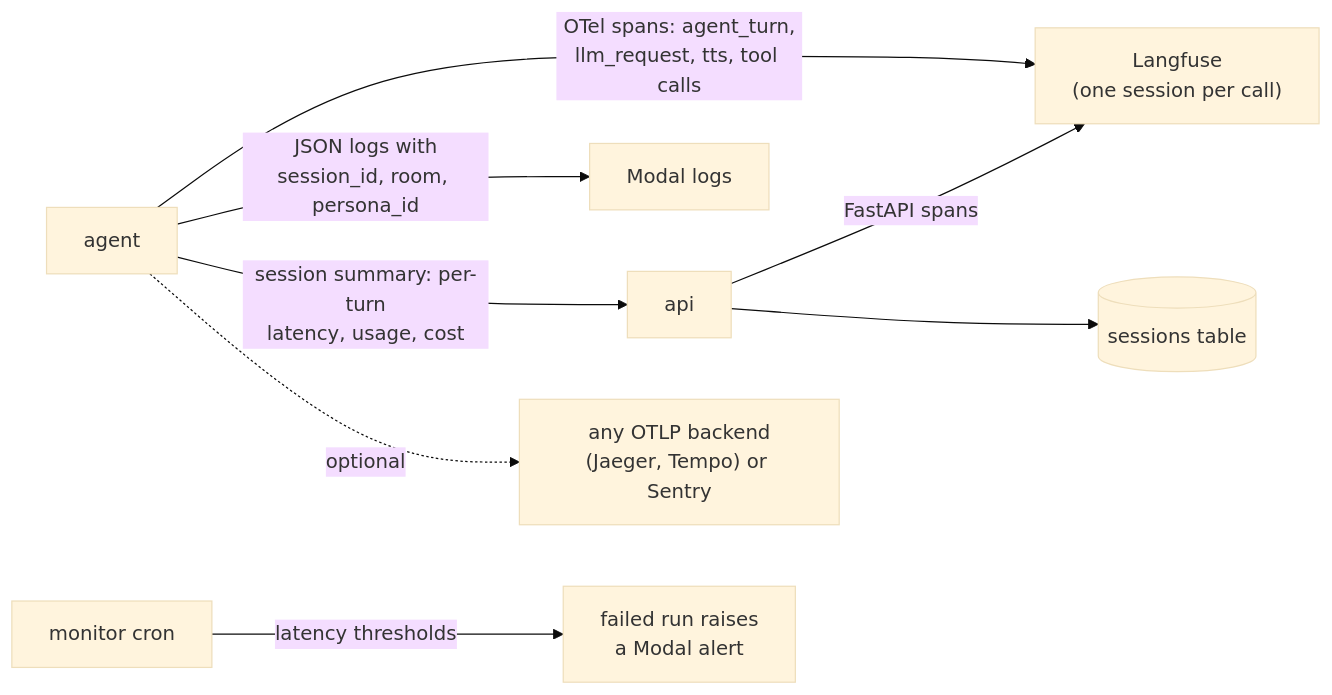
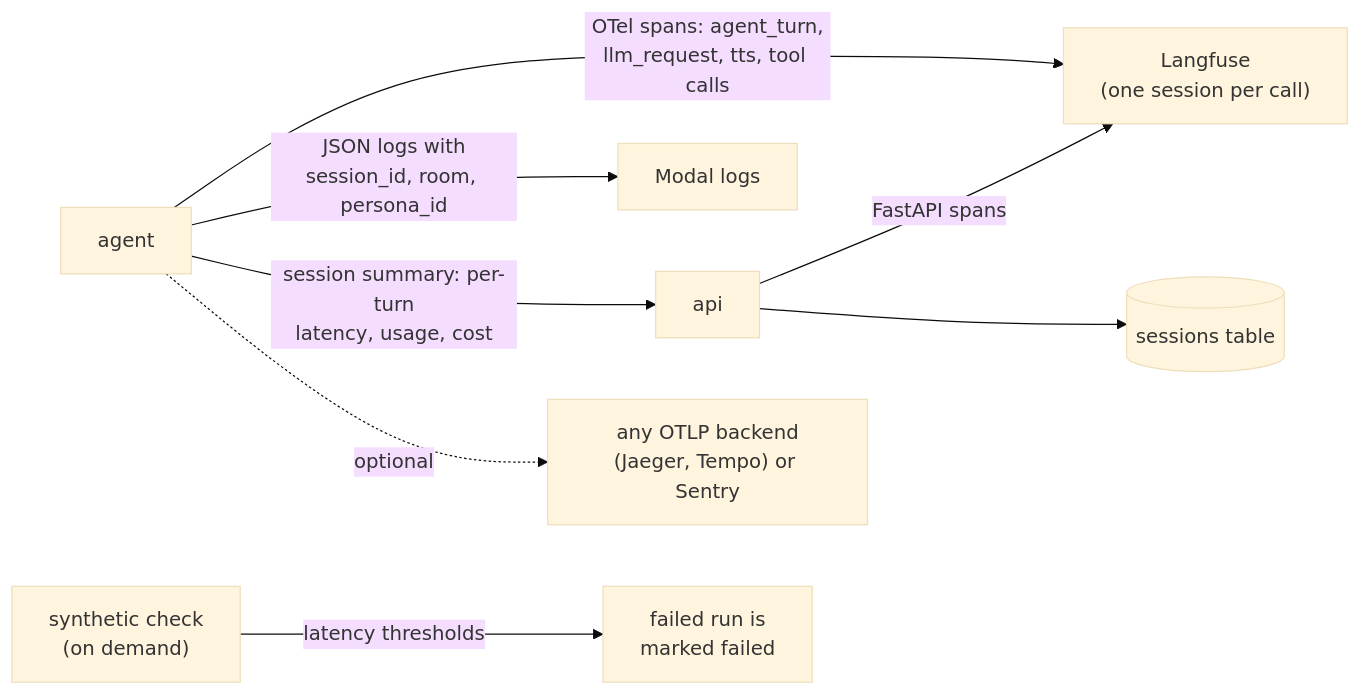
One commit to observer04/avatar-talk changed the seventh of 7 diagrams in README.md. Above: the diagram before and after it, drawn with Mermaid (base theme). The commit also changed other lines of this file and 5 other files, not shown here.

````diff
--- a/README.md
+++ b/README.md
@@ -212,10 +212,10 @@
 ```mermaid
 flowchart LR
     A["agent"] -- "OTel spans: agent_turn,<br/>llm_request, tts, tool calls" --> LF["Langfuse<br/>(one session per call)"]
     API["api"] -- "FastAPI spans" --> LF
     A -- "JSON logs with<br/>session_id, room, persona_id" --> ML["Modal logs"]
     A -- "session summary: per-turn<br/>latency, usage, cost" --> API
     API --> DB[("sessions table")]
-    MON["monitor cron"] -- "latency thresholds" --> ALERT["failed run raises<br/>a Modal alert"]
+    MON["synthetic check<br/>(on demand)"] -- "latency thresholds" --> ALERT["failed run is<br/>marked failed"]
     A -. "optional" .-> OTLP["any OTLP backend<br/>(Jaeger, Tempo) or Sentry"]
 ```
````
